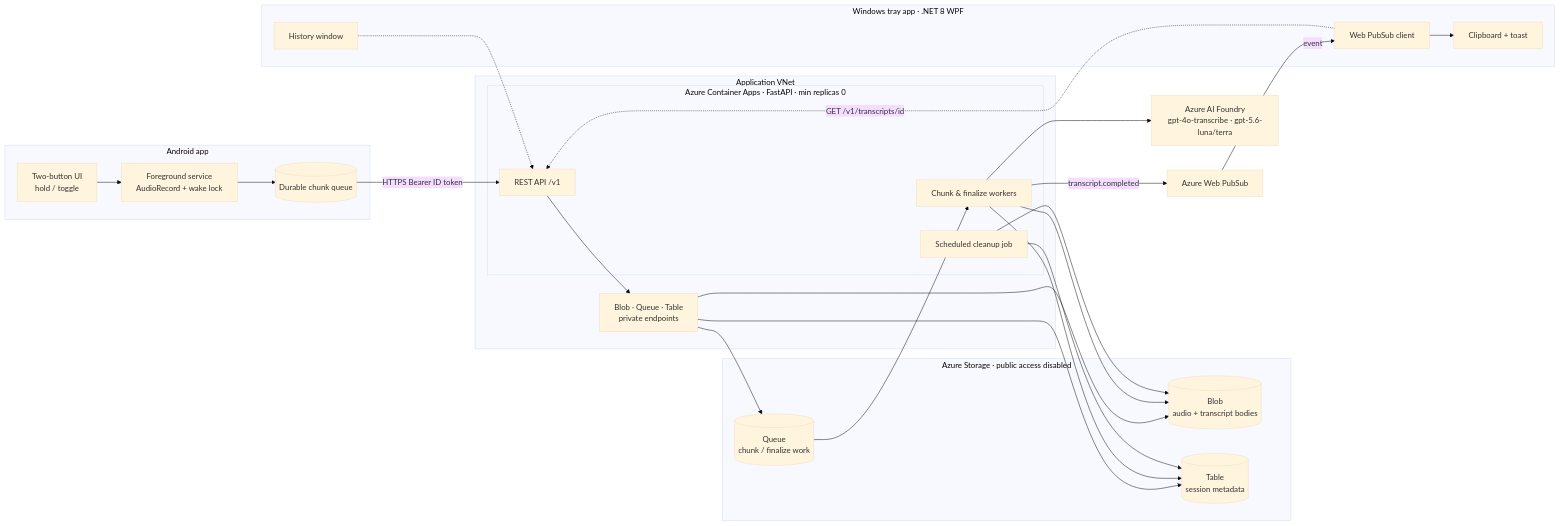
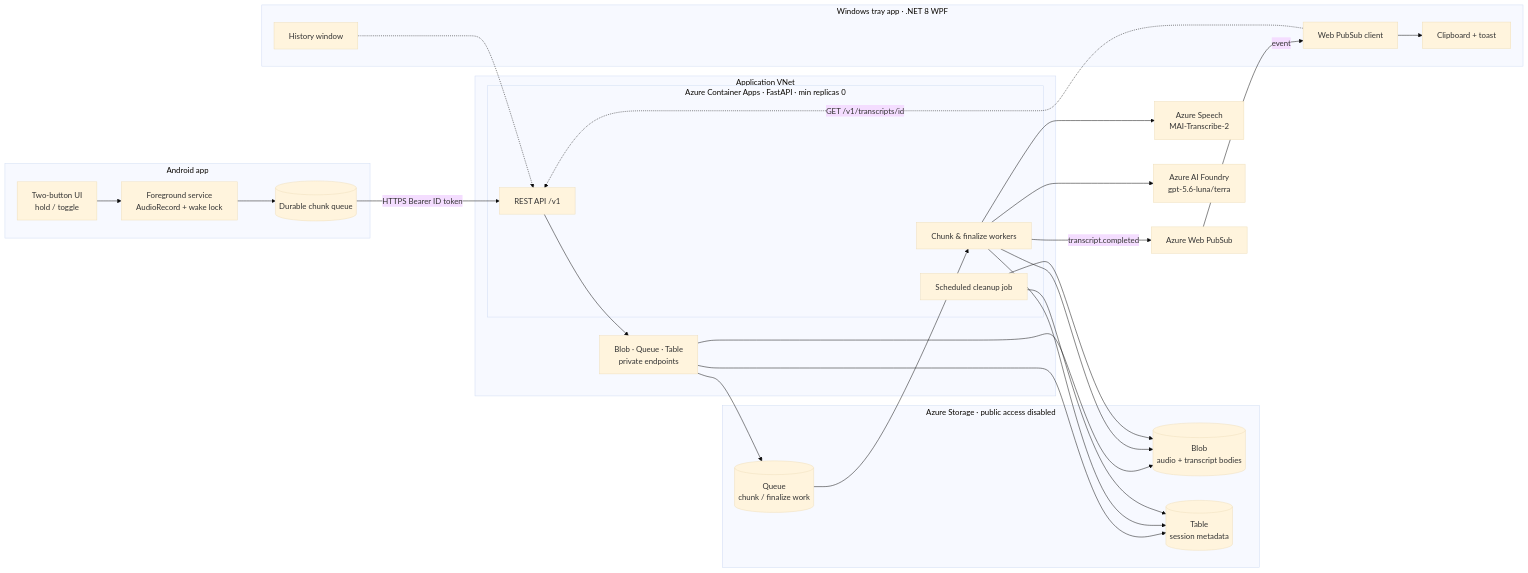
Before and after one commit to tkubica12/cot-voice-recorder: the first of 4 diagrams in docs/architecture.md, drawn with Mermaid (base theme). The commit also changed other lines of this file and 24 other files, not shown here.

First line of the commit message:
feat: add MAI Transcribe 2 support

````diff
--- a/docs/architecture.md
+++ b/docs/architecture.md
@@ -30,49 +30,51 @@
 ```mermaid
 flowchart LR
   subgraph Phone[Android app]
     UI[Two-button UI<br/>hold / toggle]
     FS[Foreground service<br/>AudioRecord + wake lock]
     Q[(Durable chunk queue)]
     UI --> FS --> Q
   end
 
   subgraph VNET[Application VNet]
     subgraph Cloud[Azure Container Apps · FastAPI · min replicas 0]
       API["REST API /v1"]
       W[Chunk & finalize workers]
       CLEAN[Scheduled cleanup job]
     end
     PE[Blob · Queue · Table<br/>private endpoints]
   end
 
   subgraph Data[Azure Storage · public access disabled]
     BLOB[(Blob<br/>audio + transcript bodies)]
     QUEUE[(Queue<br/>chunk / finalize work)]
     TABLE[(Table<br/>session metadata)]
   end
 
-  FND[Azure AI Foundry<br/>gpt-4o-transcribe · gpt-5.6-luna/terra]
+  SPEECH[Azure Speech<br/>MAI-Transcribe-2]
+  FND[Azure AI Foundry<br/>gpt-5.6-luna/terra]
   WPS[Azure Web PubSub]
 
   subgraph Tray[Windows tray app · .NET 8 WPF]
     LISTEN[Web PubSub client]
     CLIP[Clipboard + toast]
     HIST[History window]
   end
 
   Q -->|HTTPS Bearer ID token| API
   API --> PE
   PE --> BLOB
   PE --> QUEUE
   PE --> TABLE
   QUEUE --> W
   W --> BLOB
   W --> TABLE
+  W --> SPEECH
   W --> FND
   W -->|transcript.completed| WPS
   CLEAN --> BLOB
   CLEAN --> TABLE
   WPS -->|event| LISTEN --> CLIP
   LISTEN -.->|GET /v1/transcripts/id| API
   HIST -.-> API
 ```
````
